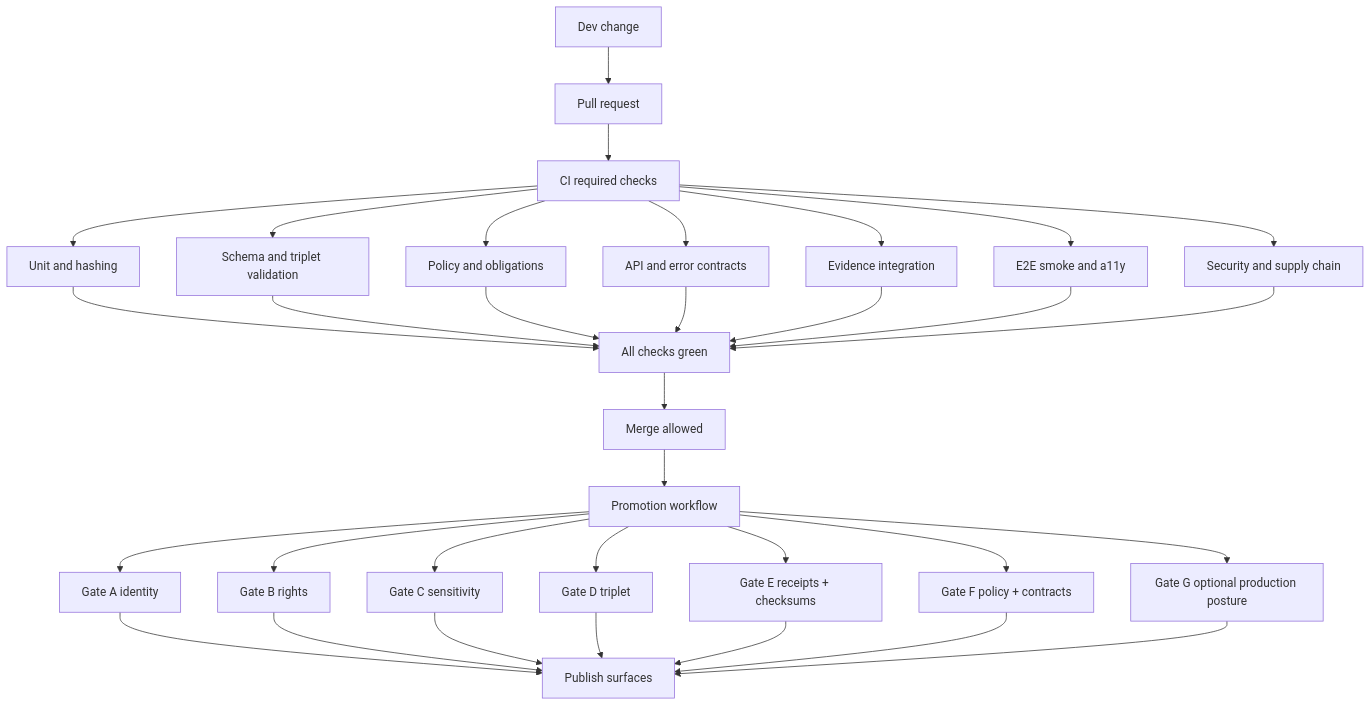
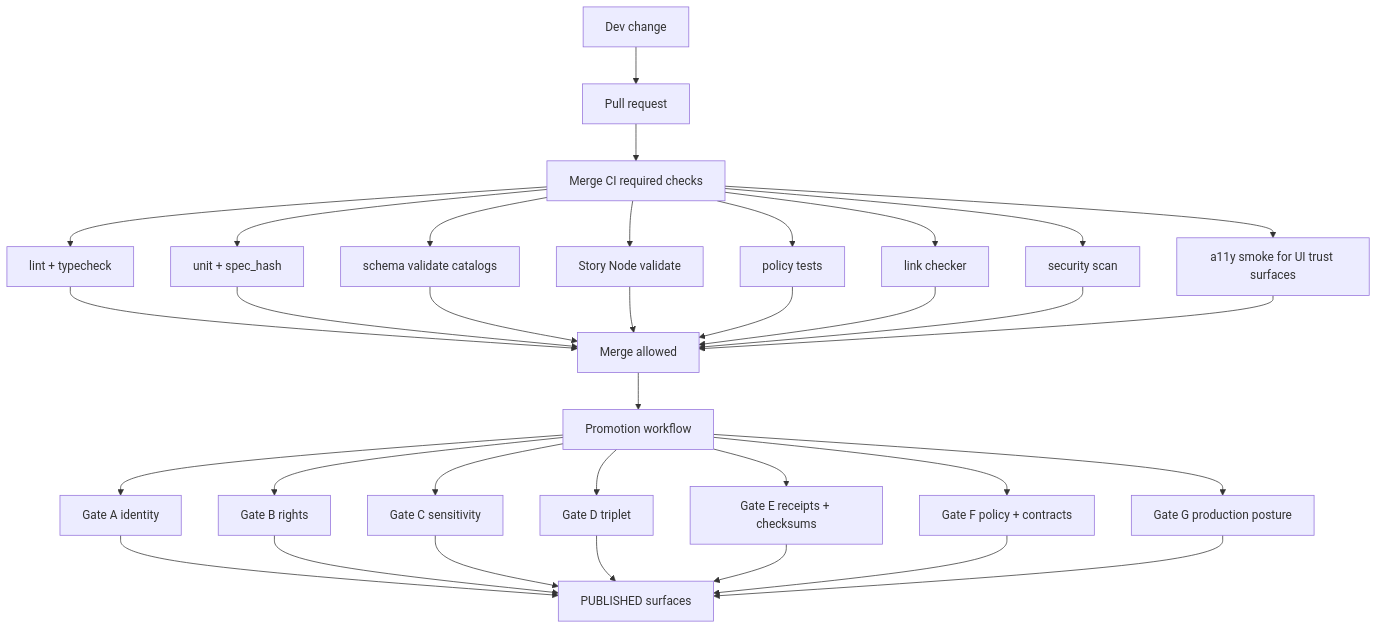
Before and after one commit to bartytime4life/Kansas-Frontier-Matrix: the diagram in tests/README.md, drawn with Mermaid. The commit also changed other lines of this file, not shown here.

````diff
--- a/tests/README.md
+++ b/tests/README.md
@@ -649,40 +152,40 @@
 ```mermaid
 flowchart TD
   Dev[Dev change] --> PR[Pull request]
-  PR --> CI[CI required checks]
+  PR --> MergeCI[Merge CI required checks]
 
-  CI --> Unit[Unit and hashing]
-  CI --> Schema[Schema and triplet validation]
-  CI --> Policy[Policy and obligations]
-  CI --> Contract[API and error contracts]
-  CI --> Integration[Evidence integration]
-  CI --> E2E[E2E smoke and a11y]
-  CI --> Security[Security and supply chain]
+  MergeCI --> Lint[lint + typecheck]
+  MergeCI --> Unit[unit + spec_hash]
+  MergeCI --> Schema[schema validate catalogs]
+  MergeCI --> Story[Story Node validate]
+  MergeCI --> Policy[policy tests]
+  MergeCI --> Link[link checker]
+  MergeCI --> Sec[security scan]
+  MergeCI --> A11y[a11y smoke for UI trust surfaces]
 
-  Unit --> Green[All checks green]
-  Schema --> Green
-  Policy --> Green
-  Contract --> Green
-  Integration --> Green
-  E2E --> Green
-  Security --> Green
+  Lint --> MergeOK[Merge allowed]
+  Unit --> MergeOK
+  Schema --> MergeOK
+  Story --> MergeOK
+  Policy --> MergeOK
+  Link --> MergeOK
+  Sec --> MergeOK
+  A11y --> MergeOK
 
-  Green --> Merge[Merge allowed]
-  Merge --> Promote[Promotion workflow]
-
+  MergeOK --> Promote[Promotion workflow]
   Promote --> GateA[Gate A identity]
   Promote --> GateB[Gate B rights]
   Promote --> GateC[Gate C sensitivity]
   Promote --> GateD[Gate D triplet]
   Promote --> GateE[Gate E receipts + checksums]
   Promote --> GateF[Gate F policy + contracts]
-  Promote --> GateG[Gate G optional production posture]
+  Promote --> GateG[Gate G production posture]
 
-  GateA --> Publish[Publish surfaces]
+  GateA --> Publish[PUBLISHED surfaces]
   GateB --> Publish
   GateC --> Publish
   GateD --> Publish
   GateE --> Publish
   GateF --> Publish
   GateG --> Publish
 ```
````
